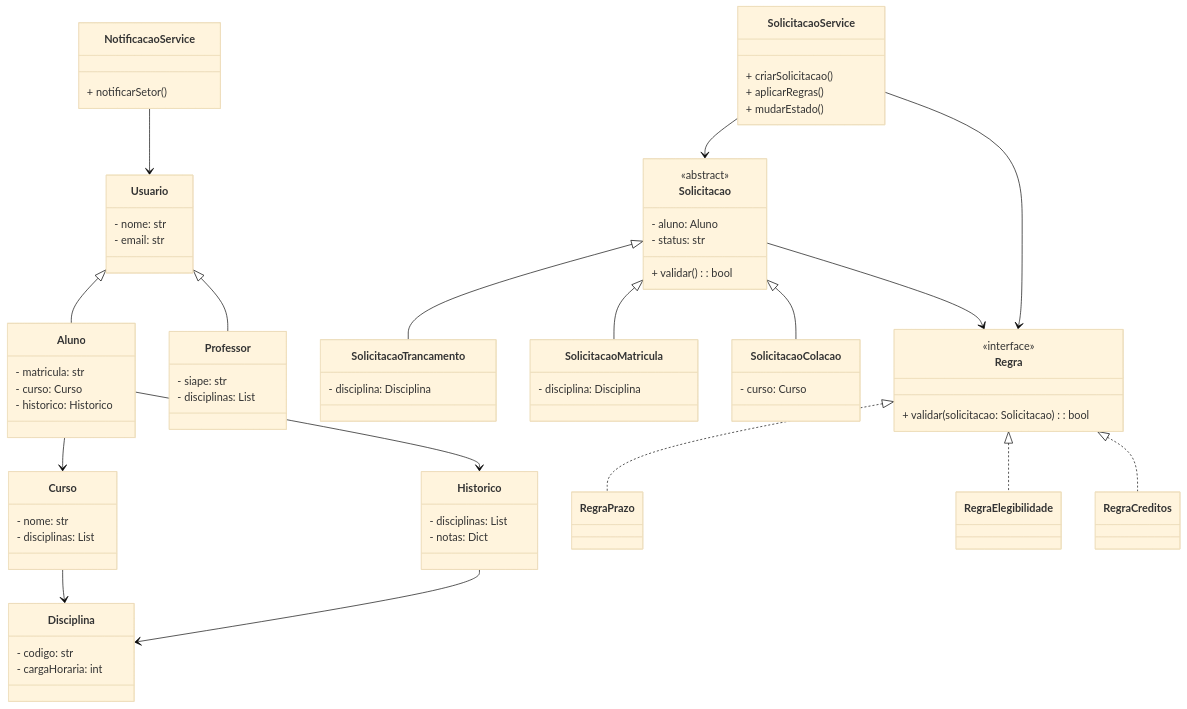
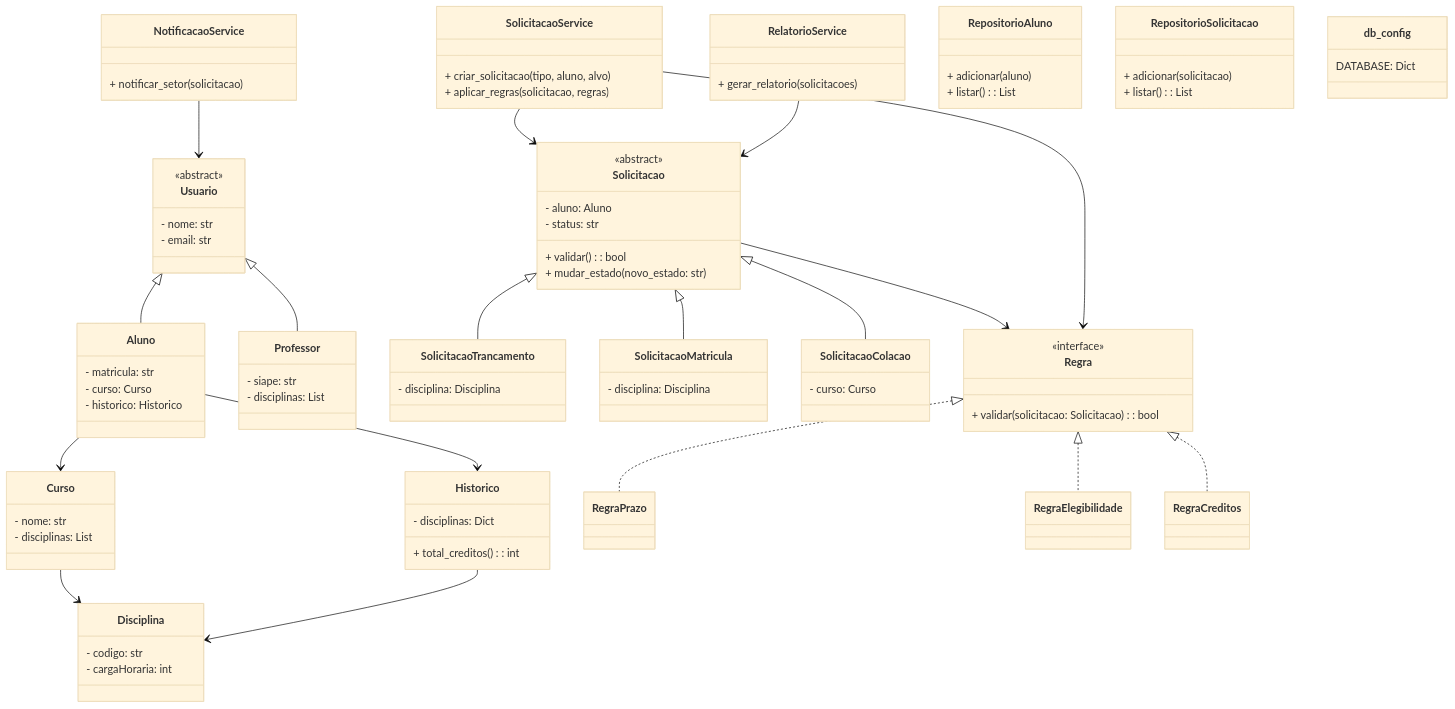
One commit to carlossan25c/Sistema-SGPAD- changed the diagram in README.md. Above: the diagram before and after it, drawn with Mermaid (base theme). The commit also changed other lines of this file and 22 other files, not shown here.

````diff
--- a/README.md
+++ b/README.md
@@ -42,6 +42,7 @@
     %% Usuários
     %% =========================
     class Usuario {
+        <<abstract>>
         - nome: str
         - email: str
     }
@@ -69,8 +70,8 @@
         - cargaHoraria: int
     }
     class Historico {
-        - disciplinas: List<Disciplina>
-        - notas: Dict
+        - disciplinas: Dict<Disciplina, float>
+        + total_creditos(): int
     }
 
     Aluno --> Curso
@@ -86,6 +87,7 @@
         - aluno: Aluno
         - status: str
         + validar(): bool
+        + mudar_estado(novo_estado: str)
     }
     class SolicitacaoTrancamento {
         - disciplina: Disciplina
@@ -119,15 +121,33 @@
     %% Serviços
     %% =========================
     class SolicitacaoService {
-        + criarSolicitacao()
-        + aplicarRegras()
-        + mudarEstado()
+        + criar_solicitacao(tipo, aluno, alvo)
+        + aplicar_regras(solicitacao, regras)
     }
     class NotificacaoService {
-        + notificarSetor()
+        + notificar_setor(solicitacao)
+    }
+    class RelatorioService {
+        + gerar_relatorio(solicitacoes)
     }
     SolicitacaoService --> Solicitacao
     SolicitacaoService --> Regra
     NotificacaoService --> Usuario
+    RelatorioService --> Solicitacao
+
+    %% =========================
+    %% Infraestrutura
+    %% =========================
+    class RepositorioAluno {
+        + adicionar(aluno)
+        + listar(): List<Aluno>
+    }
+    class RepositorioSolicitacao {
+        + adicionar(solicitacao)
+        + listar(): List<Solicitacao>
+    }
+    class db_config {
+        DATABASE: Dict
+    }
 
 ```
````
